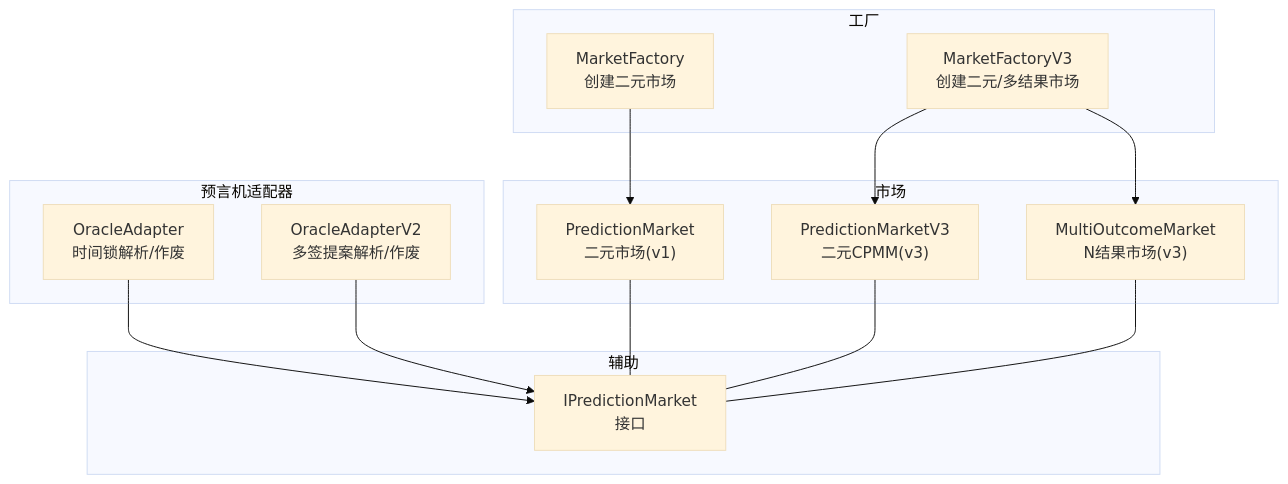
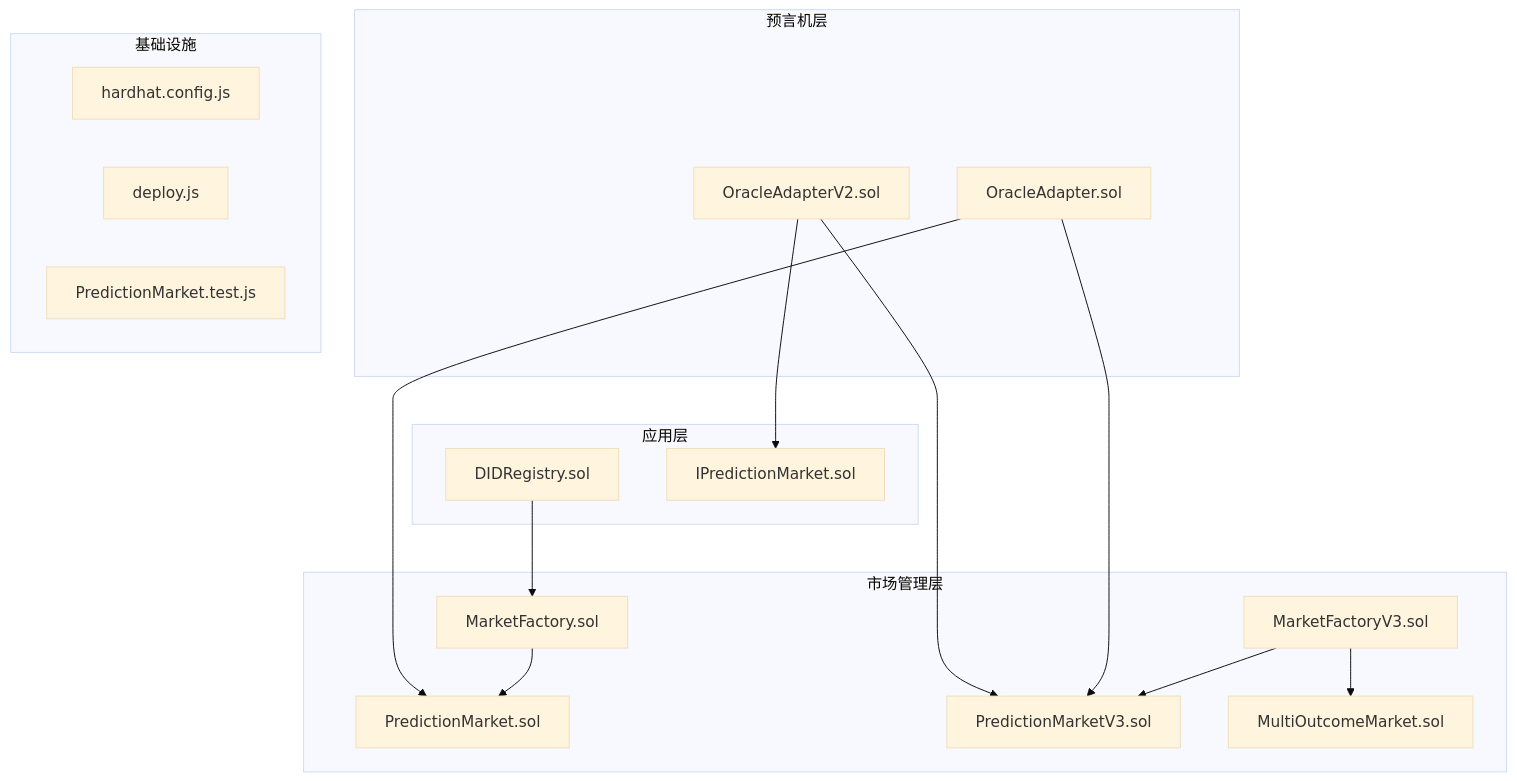
One commit to SimonHofman/PredictionDIDSimple changed the first of 10 diagrams in contracts/.qoder/repowiki/zh/content/API参考/API参考.md. Above: the diagram before and after it, drawn with Mermaid (base theme). The commit also changed other lines of this file and 162 other files, not shown here.

````diff
--- a/contracts/.qoder/repowiki/zh/content/API参考/API参考.md
+++ b/contracts/.qoder/repowiki/zh/content/API参考/API参考.md
@@ -51,27 +44,31 @@
 ```mermaid
 graph TB
-subgraph "工厂"
-MF["MarketFactory<br/>创建二元市场"]
-MF3["MarketFactoryV3<br/>创建二元/多结果市场"]
+subgraph "应用层"
+DID[DIDRegistry.sol]
+Interfaces[IPredictionMarket.sol]
 end
-subgraph "市场"
-PM["PredictionMarket<br/>二元市场(v1)"]
-PM3["PredictionMarketV3<br/>二元CPMM(v3)"]
-MOM["MultiOutcomeMarket<br/>N结果市场(v3)"]
+subgraph "市场管理层"
+MF[MarketFactory.sol]
+MF3[MarketFactoryV3.sol]
+PM[PredictionMarket.sol]
+PM3[PredictionMarketV3.sol]
+MOM[MultiOutcomeMarket.sol]
 end
-subgraph "预言机适配器"
-OA["OracleAdapter<br/>时间锁解析/作废"]
-OAV2["OracleAdapterV2<br/>多签提案解析/作废"]
+subgraph "预言机层"
+OA[OracleAdapter.sol]
+OA2[OracleAdapterV2.sol]
 end
-subgraph "辅助"
-IFace["IPredictionMarket<br/>接口"]
+subgraph "基础设施"
+Config[hardhat.config.js]
+Deploy[deploy.js]
+Test[PredictionMarket.test.js]
 end
+DID --> MF
 MF --> PM
 MF3 --> PM3
 MF3 --> MOM
-OA --> IFace
-OAV2 --> IFace
-PM --- IFace
-PM3 --- IFace
-MOM --- IFace
+OA --> PM
+OA2 --> Interfaces
+OA --> PM3
+OA2 --> PM3
 ```
````
